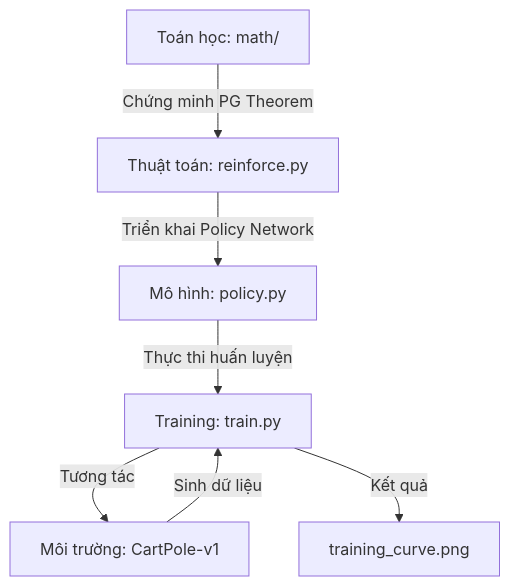
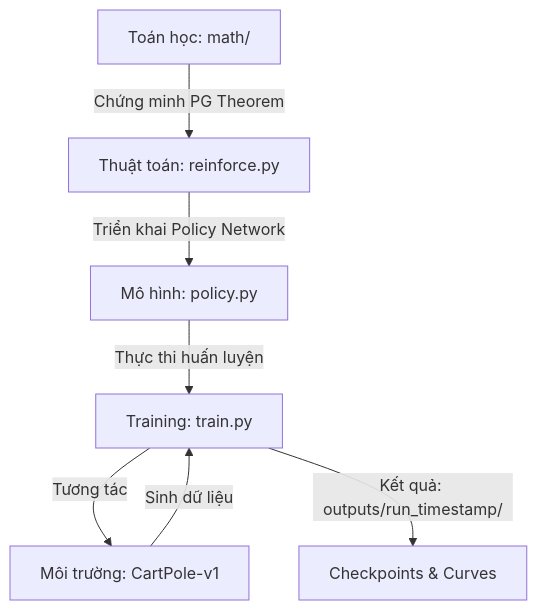
The diagram in docs/system-architecture.md (uit-25730067-chithanh/CS115-Team05-PG), drawn with Mermaid before and after one commit. The commit also changed 1 other file, not shown here.

Commit message:
docs: update codebase summary and system architecture documentation

````diff
--- a/docs/system-architecture.md
+++ b/docs/system-architecture.md
@@ -9,9 +9,9 @@
 ```mermaid
 graph TD
     A[Toán học: math/] -->|Chứng minh PG Theorem| B[Thuật toán: reinforce.py]
     B -->|Triển khai Policy Network| C[Mô hình: policy.py]
     C -->|Thực thi huấn luyện| D[Training: train.py]
     D -->|Tương tác| E[Môi trường: CartPole-v1]
     E -->|Sinh dữ liệu| D
-    D -->|Kết quả| F[training_curve.png]
+    D -->|Kết quả: outputs/run_timestamp/| F[Checkpoints & Curves]
 ```
````
